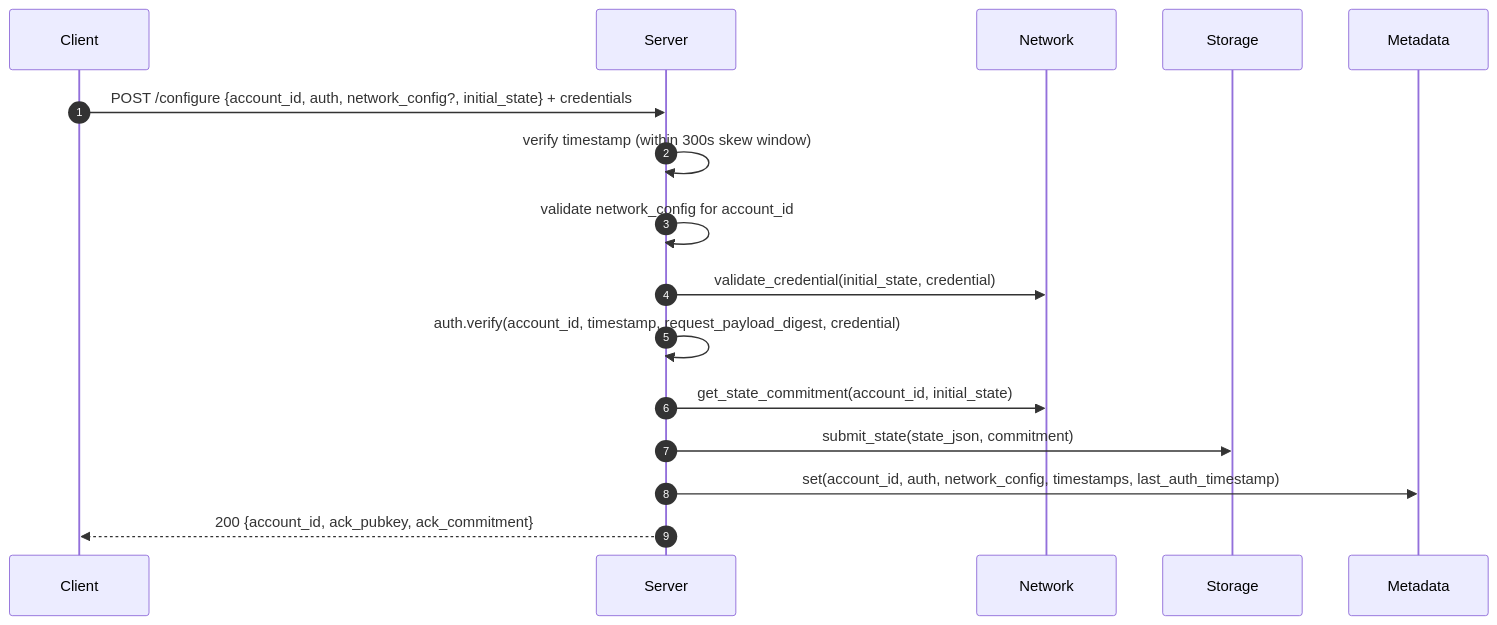
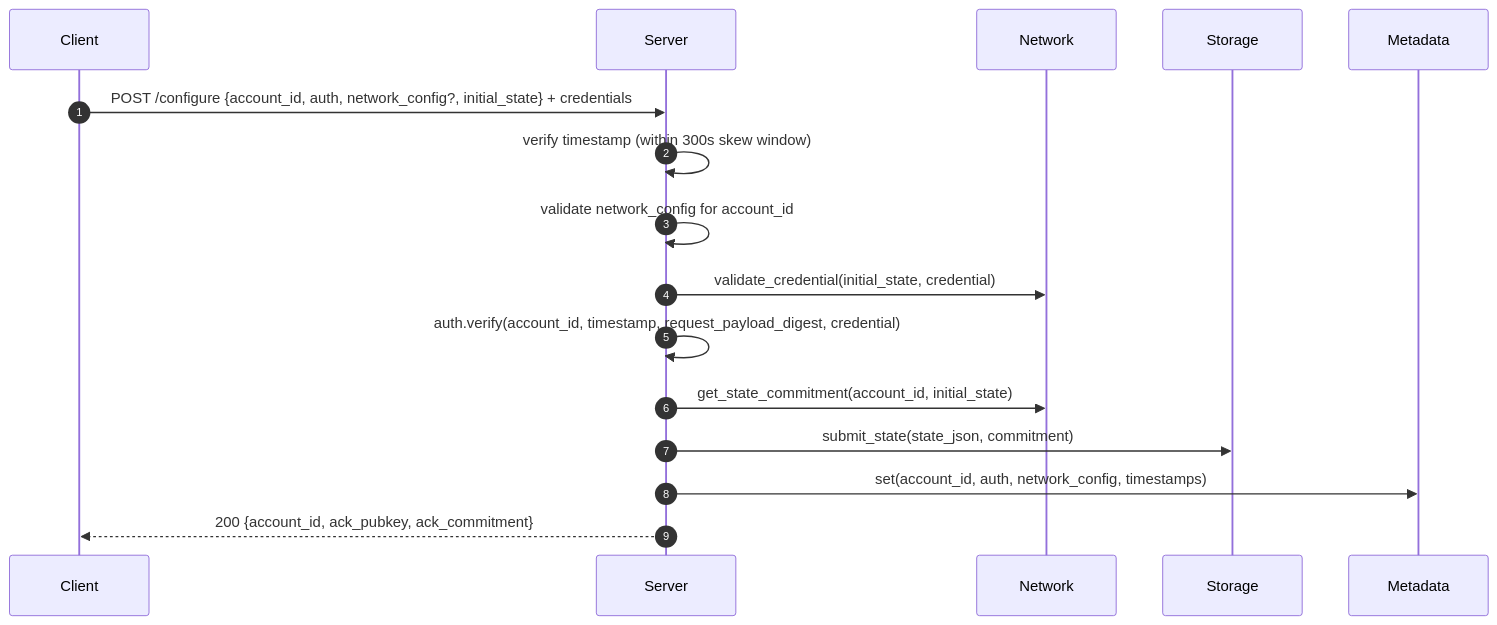
One commit to OpenZeppelin/guardian changed the first of 10 diagrams in spec/processes.md. Above: the diagram before and after it, drawn with Mermaid. The commit also changed 42 other files, not shown here.

````diff
--- a/spec/processes.md
+++ b/spec/processes.md
@@ -19,18 +19,18 @@
 ```mermaid
 sequenceDiagram
   autonumber
   participant C as Client
   participant S as Server
   participant N as Network
   participant ST as Storage
   participant M as Metadata
   C->>S: POST /configure {account_id, auth, network_config?, initial_state} + credentials
   S->>S: verify timestamp (within 300s skew window)
   S->>S: validate network_config for account_id
   S->>N: validate_credential(initial_state, credential)
   S->>S: auth.verify(account_id, timestamp, request_payload_digest, credential)
   S->>N: get_state_commitment(account_id, initial_state)
   S->>ST: submit_state(state_json, commitment)
-  S->>M: set(account_id, auth, network_config, timestamps, last_auth_timestamp)
+  S->>M: set(account_id, auth, network_config, timestamps)
   S-->>C: 200 {account_id, ack_pubkey, ack_commitment}
 ```
````
